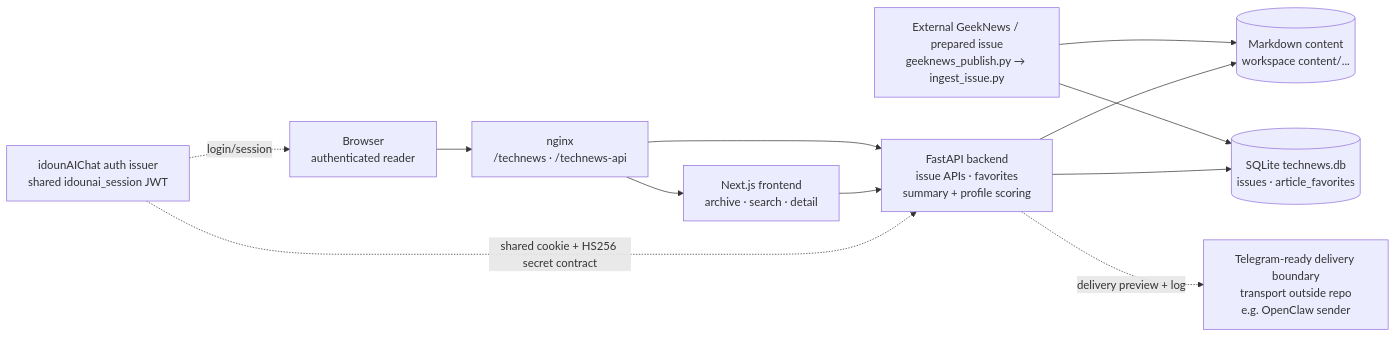
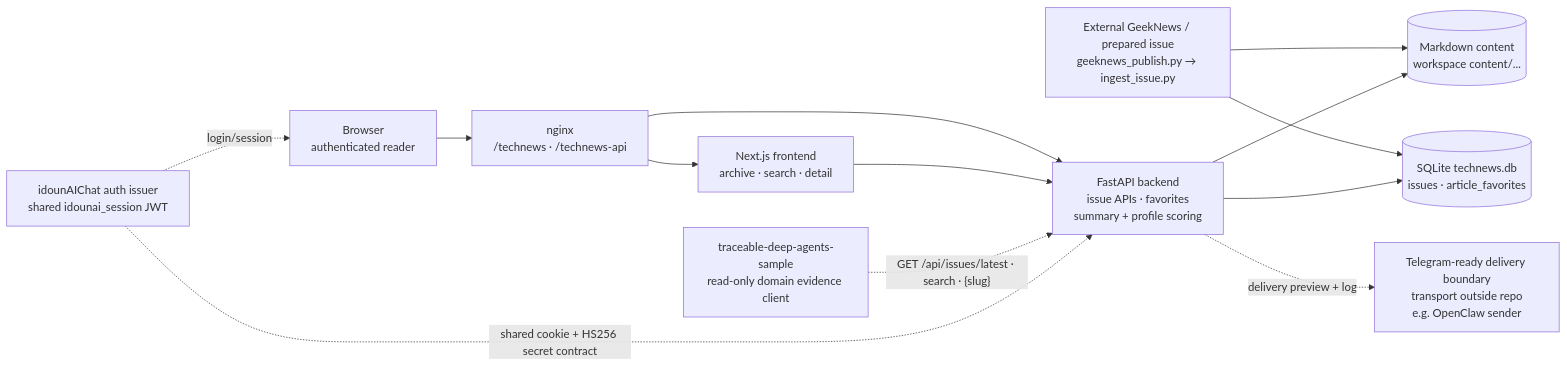
Before and after one commit to idoun/personal-tech-radar: the diagram in docs/architecture.mmd, drawn with Mermaid. The commit also changed 2 other files, not shown here.

Commit message:
docs: align Personal Tech Radar portfolio architecture

```diff
--- a/docs/architecture.mmd
+++ b/docs/architecture.mmd
@@ -1,15 +1,16 @@
 flowchart LR
     Browser["Browser<br/>authenticated reader"] --> Nginx["nginx<br/>/technews · /technews-api"]
     Nginx --> Web["Next.js frontend<br/>archive · search · detail"]
     Nginx --> API["FastAPI backend<br/>issue APIs · favorites<br/>summary + profile scoring"]
     Web --> API
+    Sample["traceable-deep-agents-sample<br/>read-only domain evidence client"] -. "GET /api/issues/latest · search · {slug}" .-> API
 
     Auth["idounAIChat auth issuer<br/>shared idounai_session JWT"] -. "login/session" .-> Browser
     Auth -. "shared cookie + HS256 secret contract" .-> API
 
     Publisher["External GeekNews / prepared issue<br/>geeknews_publish.py → ingest_issue.py"] --> Content[("Markdown content<br/>workspace content/...")]
     Publisher --> DB[("SQLite technews.db<br/>issues · article_favorites")]
     API --> Content
     API --> DB
 
     API -. "delivery preview + log" .-> Delivery["Telegram-ready delivery boundary<br/>transport outside repo<br/>e.g. OpenClaw sender"]
```
